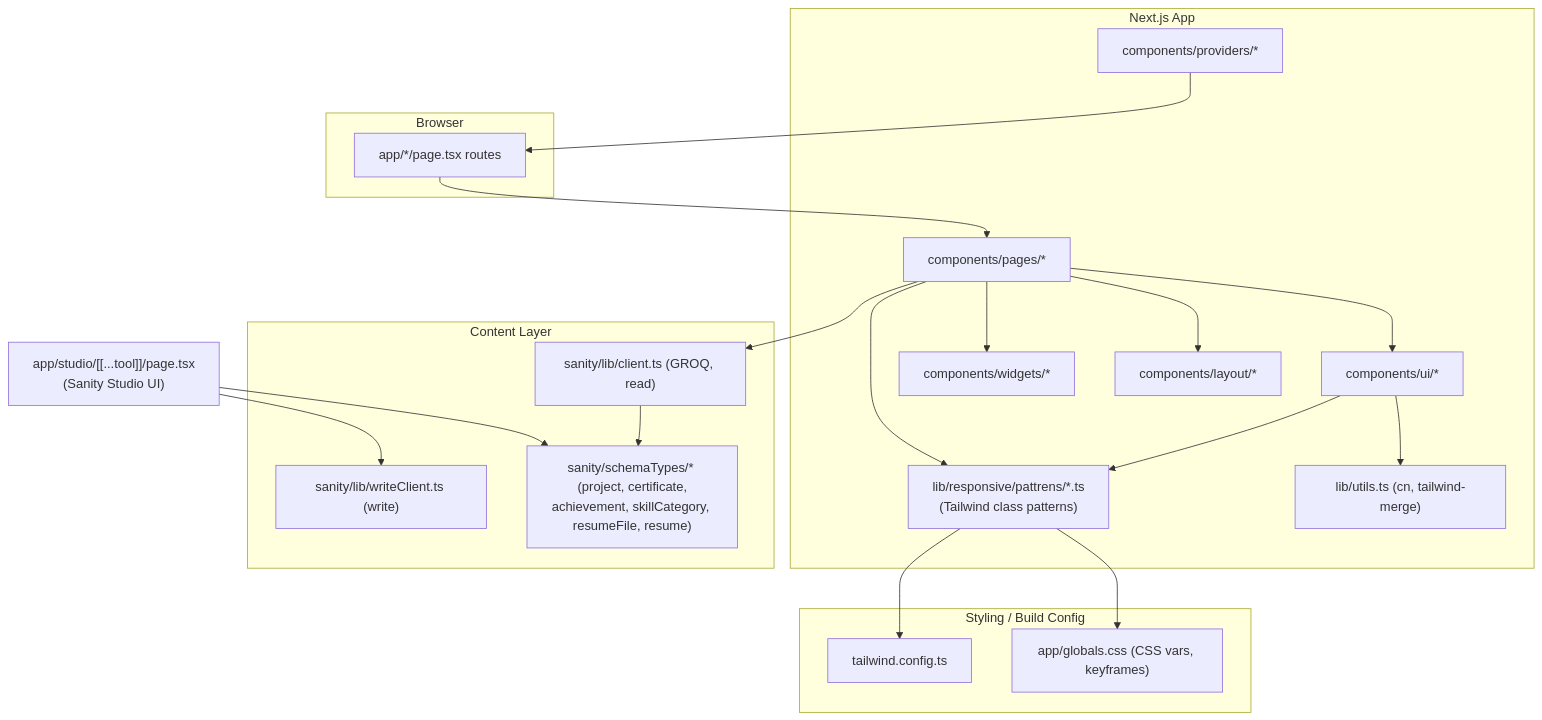
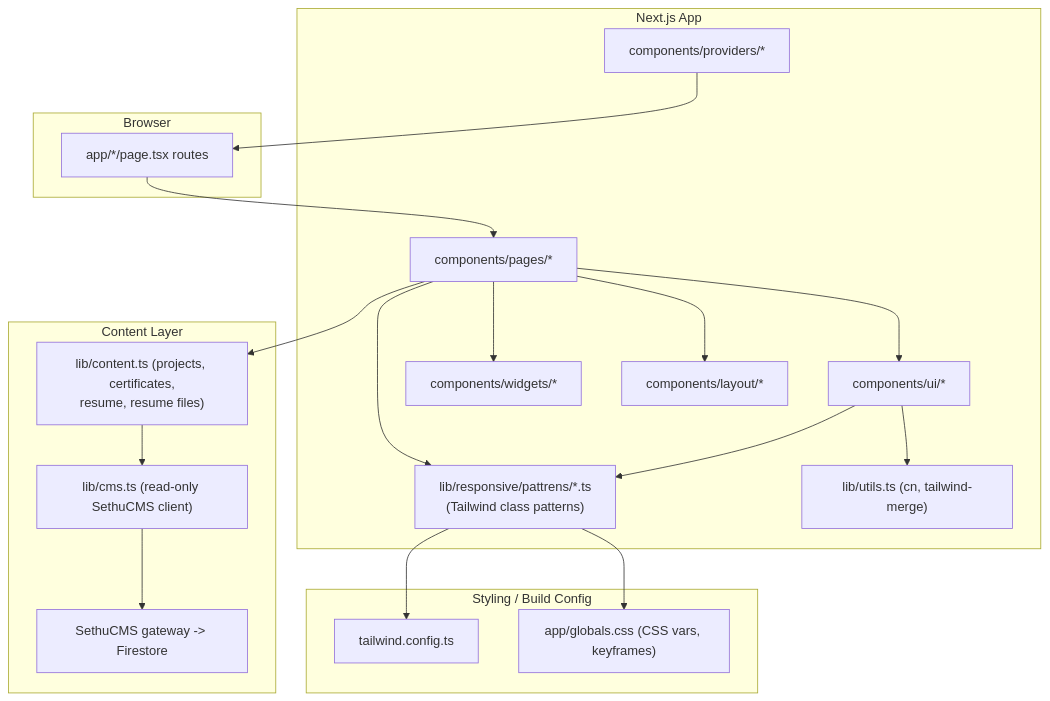
One commit to kasinadhsarma/portfolio changed the diagram in docs/architecture/README.md. Above: the diagram before and after it, drawn with Mermaid. The commit also changed other lines of this file and 53 other files, not shown here.

Commit message:
Add SethuCMS website

````diff
--- a/docs/architecture/README.md
+++ b/docs/architecture/README.md
@@ -7,36 +7,35 @@
 ```mermaid
 graph TD
     subgraph Client["Browser"]
         Pages["app/*/page.tsx routes"]
     end
 
     subgraph Next["Next.js App"]
         Pages --> PageComponents["components/pages/*"]
         PageComponents --> UI["components/ui/*"]
         PageComponents --> Widgets["components/widgets/*"]
         PageComponents --> Layout["components/layout/*"]
         UI --> Patterns["lib/responsive/pattrens/*.ts\n(Tailwind class patterns)"]
         PageComponents --> Patterns
         UI --> Utils["lib/utils.ts (cn, tailwind-merge)"]
         Providers["components/providers/*"] --> Pages
     end
 
     subgraph Data["Content Layer"]
-        SanityClient["sanity/lib/client.ts (GROQ, read)"]
-        WriteClient["sanity/lib/writeClient.ts (write)"]
-        Schema["sanity/schemaTypes/* (project, certificate,\nachievement, skillCategory, resumeFile, resume)"]
+        Content["lib/content.ts (projects, certificates,\nresume, resume files)"]
+        Cms["lib/cms.ts (read-only SethuCMS client)"]
+        Gateway["SethuCMS gateway -> Firestore"]
     end
 
-    PageComponents --> SanityClient
-    SanityClient --> Schema
-    Studio["app/studio/[[...tool]]/page.tsx\n(Sanity Studio UI)"] --> Schema
-    Studio --> WriteClient
+    PageComponents --> Content
+    Content --> Cms
+    Cms --> Gateway
 
     subgraph Config["Styling / Build Config"]
         Tailwind["tailwind.config.ts"]
         Globals["app/globals.css (CSS vars, keyframes)"]
     end
 
     Patterns --> Tailwind
     Patterns --> Globals
 ```
````
